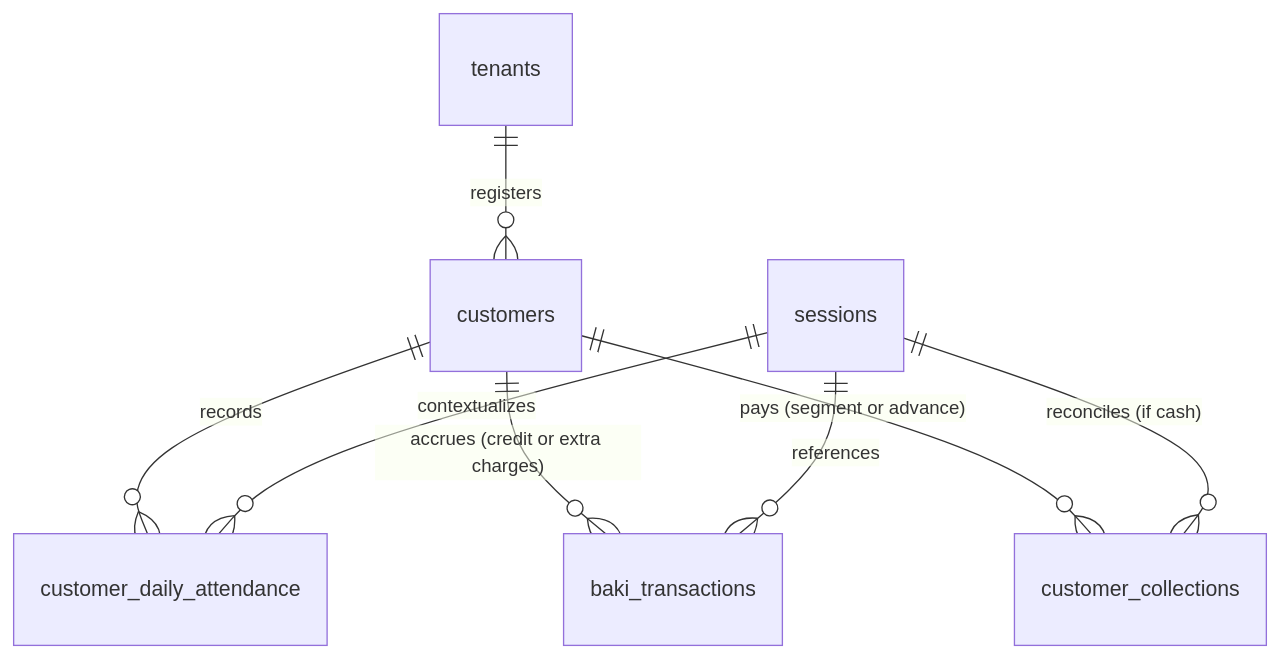
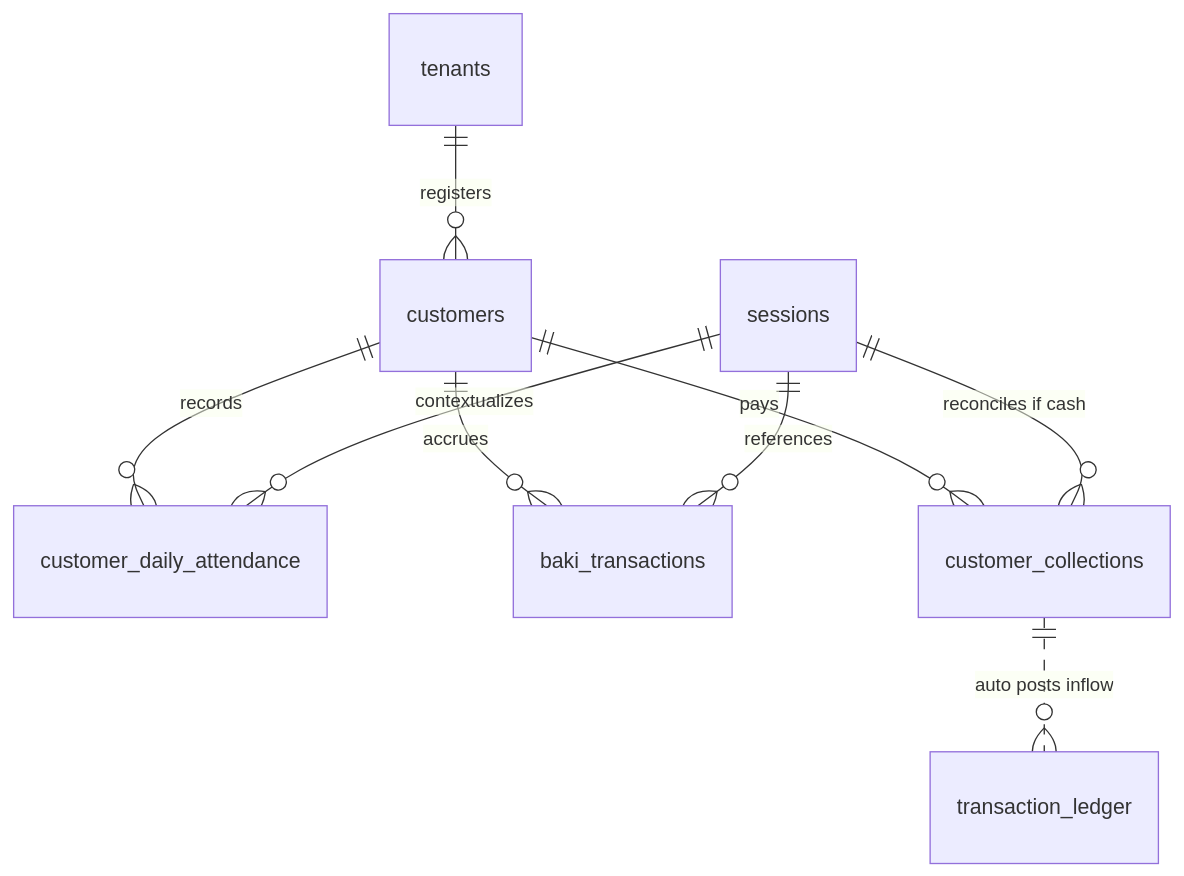
The second of 3 diagrams in docs/meal_customer_management.md (marceldavidbaroi/Smart-Hisab), drawn with Mermaid before and after one commit. The commit also changed other lines of this file and 56 other files, not shown here.

````diff
--- a/docs/meal_customer_management.md
+++ b/docs/meal_customer_management.md
@@ -57,10 +189,11 @@
 ```mermaid
 erDiagram
-    tenants ||--o{ customers : "registers"
-    customers ||--o{ customer_daily_attendance : "records"
-    sessions ||--o{ customer_daily_attendance : "contextualizes"
-    customers ||--o{ baki_transactions : "accrues (credit or extra charges)"
-    sessions ||--o{ baki_transactions : "references"
-    customers ||--o{ customer_collections : "pays (segment or advance)"
-    sessions ||--o{ customer_collections : "reconciles (if cash)"
+    tenants ||--o{ customers : registers
+    customers ||--o{ customer_daily_attendance : records
+    sessions ||--o{ customer_daily_attendance : contextualizes
+    customers ||--o{ baki_transactions : accrues
+    sessions ||--o{ baki_transactions : references
+    customers ||--o{ customer_collections : pays
+    sessions ||--o{ customer_collections : "reconciles if cash"
+    customer_collections ||..o{ transaction_ledger : "auto posts inflow"
 ```
````
